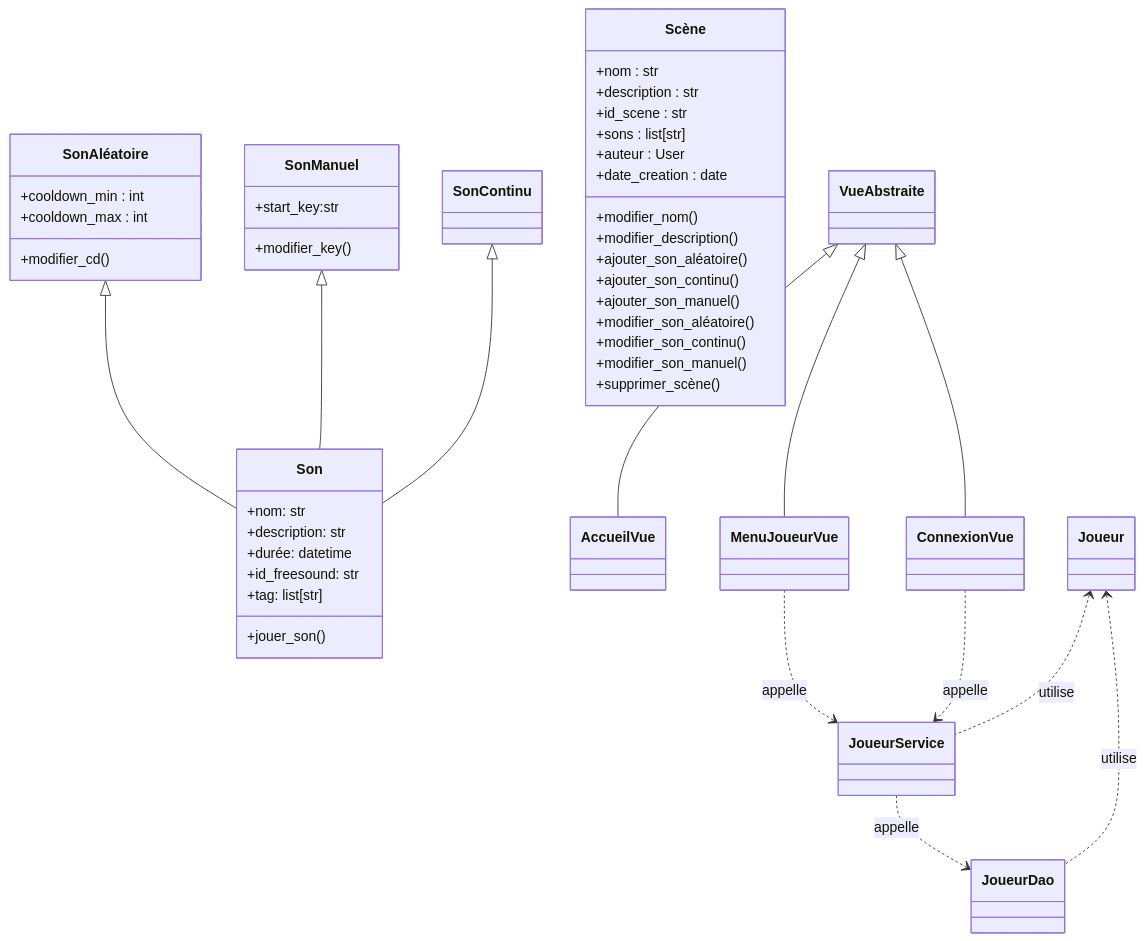
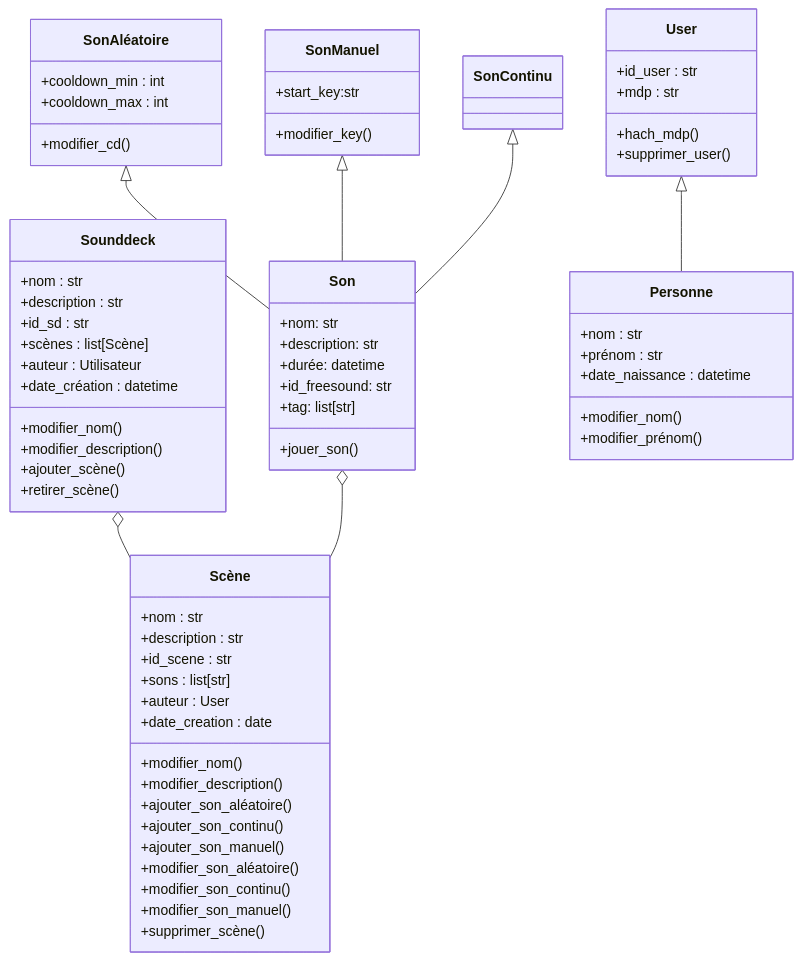
One commit to DatAlex987/Projet_info_2A_groupe4 changed the diagram in doc/diagramme_classes.md. Above: the diagram before and after it, drawn with Mermaid. The commit also changed 2 other files, not shown here.

Commit message:
ajout du diagramme de classes et du suivi semaine 4

````diff
--- a/doc/diagramme_classes.md
+++ b/doc/diagramme_classes.md
@@ -1,54 +1,77 @@
 ```mermaid
 classDiagram
     class Son {
         +nom: str
         +description: str
         +durée: datetime
         +id_freesound: str
         +tag: list[str]
         +jouer_son()
     }
     
     class Son Aléatoire {
         +cooldown_min : int
         +cooldown_max : int
         +modifier_cd()
     }
     
     class Son Manuel {
         +start_key:str
         +modifier_key()
     }
 
     Son Aléatoire <|-- Son
     Son Manuel <|-- Son
     Son Continu <|-- Son
 
     class Scène {
         +nom : str
         +description : str
         +id_scene : str
         +sons : list[str]
         +auteur : User
         +date_creation : date
         +modifier_nom()
         +modifier_description()
         +ajouter_son_aléatoire()
         +ajouter_son_continu()
         +ajouter_son_manuel()
         +modifier_son_aléatoire()
         +modifier_son_continu()
         +modifier_son_manuel()
         +supprimer_scène()
     }
+    
+    class Sounddeck {
+        +nom : str
+        +description : str
+        +id_sd : str
+        +scènes : list[Scène]
+        +auteur : Utilisateur
+        +date_création : datetime
+        +modifier_nom()
+        +modifier_description()
+        +ajouter_scène()
+        +retirer_scène()
+    }
 
+    class Personne {
+        +nom : str
+        +prénom : str
+        +date_naissance : datetime
+        +modifier_nom()
+        +modifier_prénom()
+    }
 
-    VueAbstraite <|-- AccueilVue
-    VueAbstraite <|-- ConnexionVue
-    VueAbstraite <|-- MenuJoueurVue
-    MenuJoueurVue ..> JoueurService : appelle
-    ConnexionVue ..> JoueurService : appelle
-    JoueurService ..> JoueurDao : appelle
-    Joueur <.. JoueurService: utilise
-    Joueur <.. JoueurDao: utilise
+    class User {
+        +id_user : str
+        +mdp : str
+        +hach_mdp()
+        +supprimer_user()
+    }
+    
+    User <|-- Personne
+    Sounddeck o-- Scène
+    Son o-- Scène
+
 ```
````
